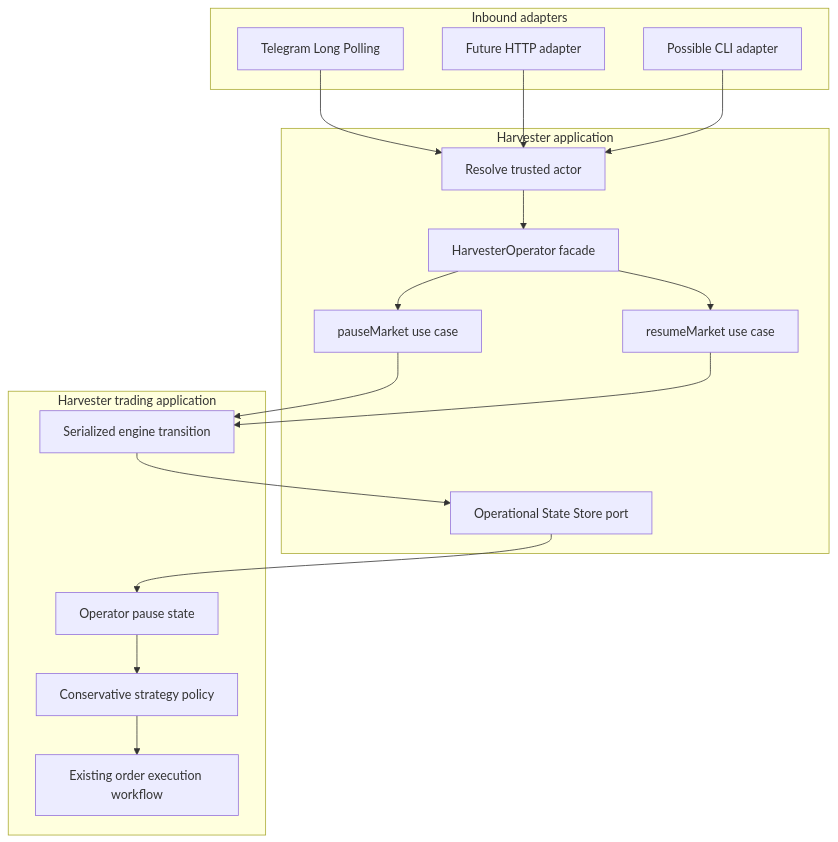
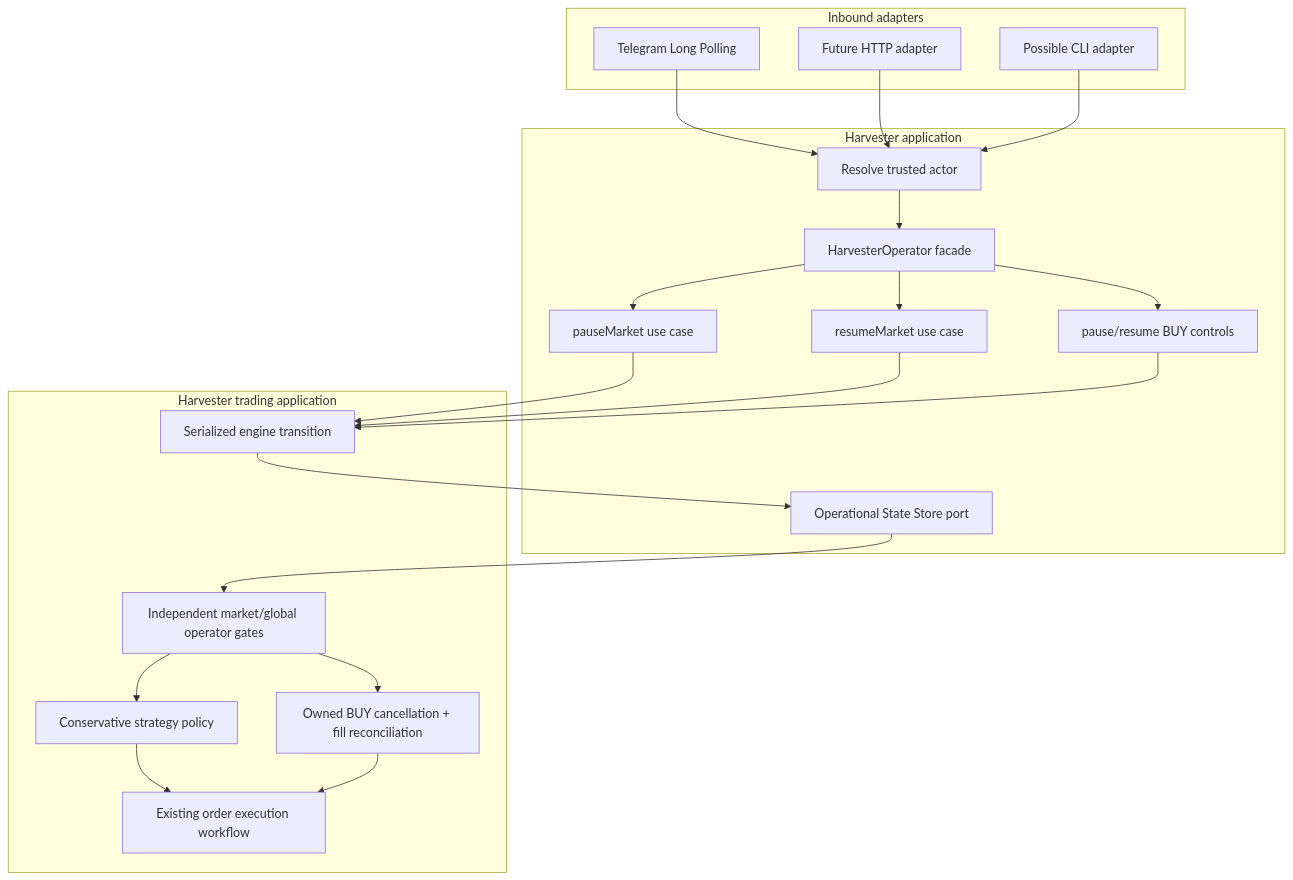
Before and after one commit to 45s/coinzilla: the first of 2 diagrams in apps/harvester/docs/architecture/OPERATOR_CONTROL_DESIGN.md, drawn with Mermaid.

Commit message:
docs(harvester): update operator control architecture diagrams

````diff
--- a/apps/harvester/docs/architecture/OPERATOR_CONTROL_DESIGN.md
+++ b/apps/harvester/docs/architecture/OPERATOR_CONTROL_DESIGN.md
@@ -55,33 +55,39 @@
 ```mermaid
 flowchart TB
   subgraph IN["Inbound adapters"]
     TG["Telegram Long Polling"]
     HTTP["Future HTTP adapter"]
     CLI["Possible CLI adapter"]
   end
   subgraph APP["Harvester application"]
     AUTH["Resolve trusted actor"]
     OP["HarvesterOperator facade"]
     PAUSE["pauseMarket use case"]
     RESUME["resumeMarket use case"]
+    BUYCONTROLS["pause/resume BUY controls"]
     FACTS["Operational State Store port"]
   end
   subgraph ENGINE["Harvester trading application"]
     SERIAL["Serialized engine transition"]
-    STATE["Operator pause state"]
+    STATE["Independent market/global operator gates"]
     POLICY["Conservative strategy policy"]
+    CANCEL["Owned BUY cancellation + fill reconciliation"]
     EXEC["Existing order execution workflow"]
   end
   TG --> AUTH
   HTTP --> AUTH
   CLI --> AUTH
   AUTH --> OP
   OP --> PAUSE
   OP --> RESUME
+  OP --> BUYCONTROLS
   PAUSE --> SERIAL
   RESUME --> SERIAL
+  BUYCONTROLS --> SERIAL
   SERIAL --> FACTS
   FACTS --> STATE
   STATE --> POLICY
+  STATE --> CANCEL
   POLICY --> EXEC
+  CANCEL --> EXEC
 ```
````
